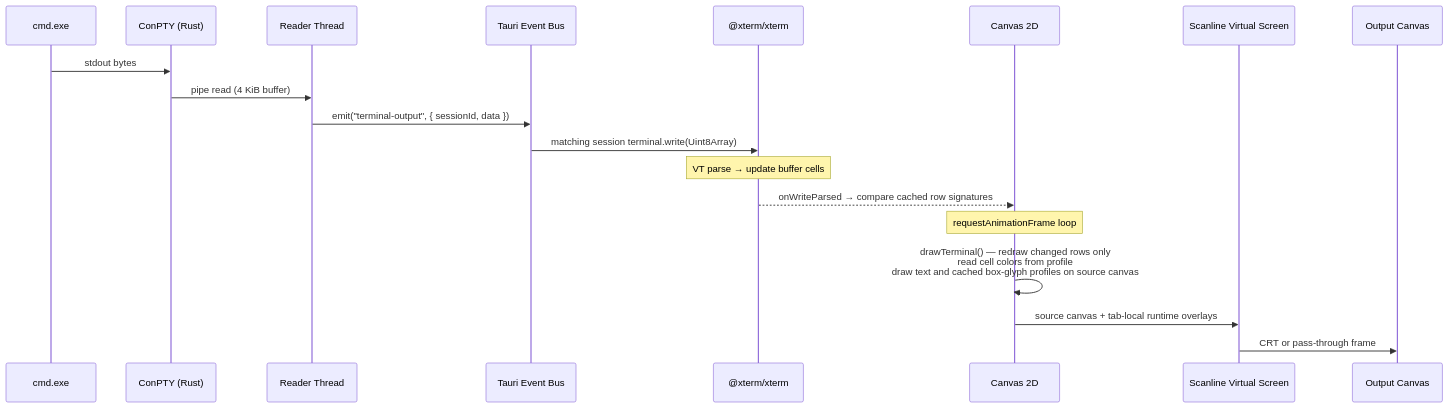
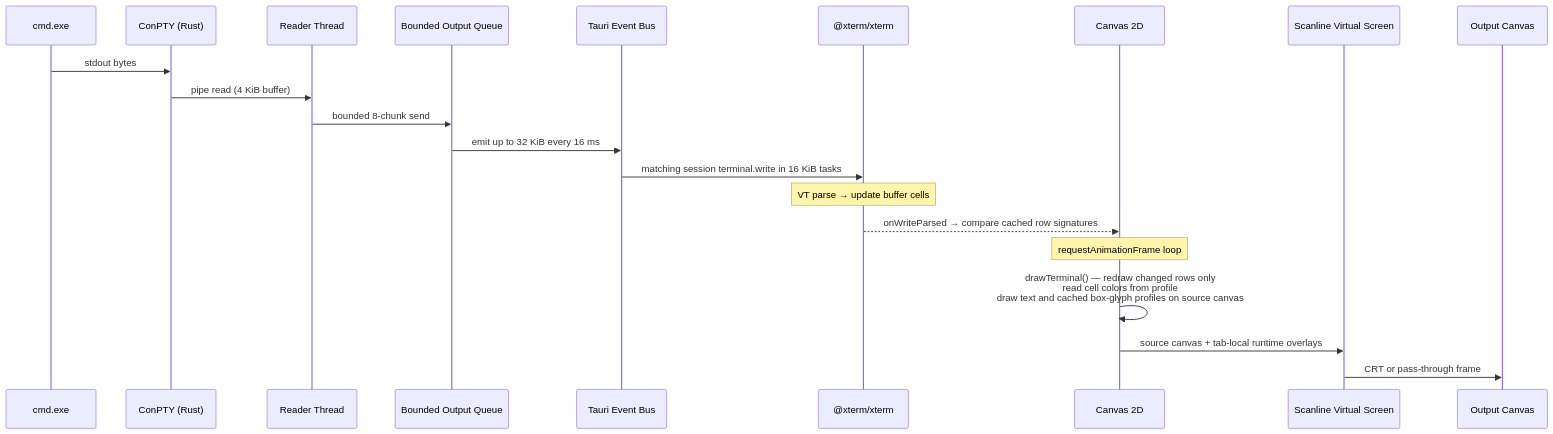
Before and after one commit to z-hunter/Scanline-Term: the second of 6 diagrams in docs/02-architecture.md, drawn with Mermaid. The commit also changed other lines of this file and 7 other files, not shown here.

Commit message:
Fix terminal Ctrl-C under heavy output

````diff
--- a/docs/02-architecture.md
+++ b/docs/02-architecture.md
@@ -117,22 +117,24 @@
 ```mermaid
 sequenceDiagram
     participant Shell as cmd.exe
     participant ConPTY as ConPTY (Rust)
     participant Reader as Reader Thread
+    participant Queue as Bounded Output Queue
     participant Tauri as Tauri Event Bus
     participant Xterm as @xterm/xterm
     participant Canvas as Canvas 2D
     participant SVS as Scanline Virtual Screen
     participant Output as Output Canvas
 
     Shell->>ConPTY: stdout bytes
     ConPTY->>Reader: pipe read (4 KiB buffer)
-    Reader->>Tauri: emit("terminal-output", { sessionId, data })
-    Tauri->>Xterm: matching session terminal.write(Uint8Array)
+    Reader->>Queue: bounded 8-chunk send
+    Queue->>Tauri: emit up to 32 KiB every 16 ms
+    Tauri->>Xterm: matching session terminal.write in 16 KiB tasks
     Note over Xterm: VT parse → update buffer cells
     Xterm-->>Canvas: onWriteParsed → compare cached row signatures
     Note over Canvas: requestAnimationFrame loop
     Canvas->>Canvas: drawTerminal() — redraw changed rows only<br/>read cell colors from profile<br/>draw text and cached box-glyph profiles on source canvas
     Canvas->>SVS: source canvas + tab-local runtime overlays
     SVS->>Output: CRT or pass-through frame
 ```
````
